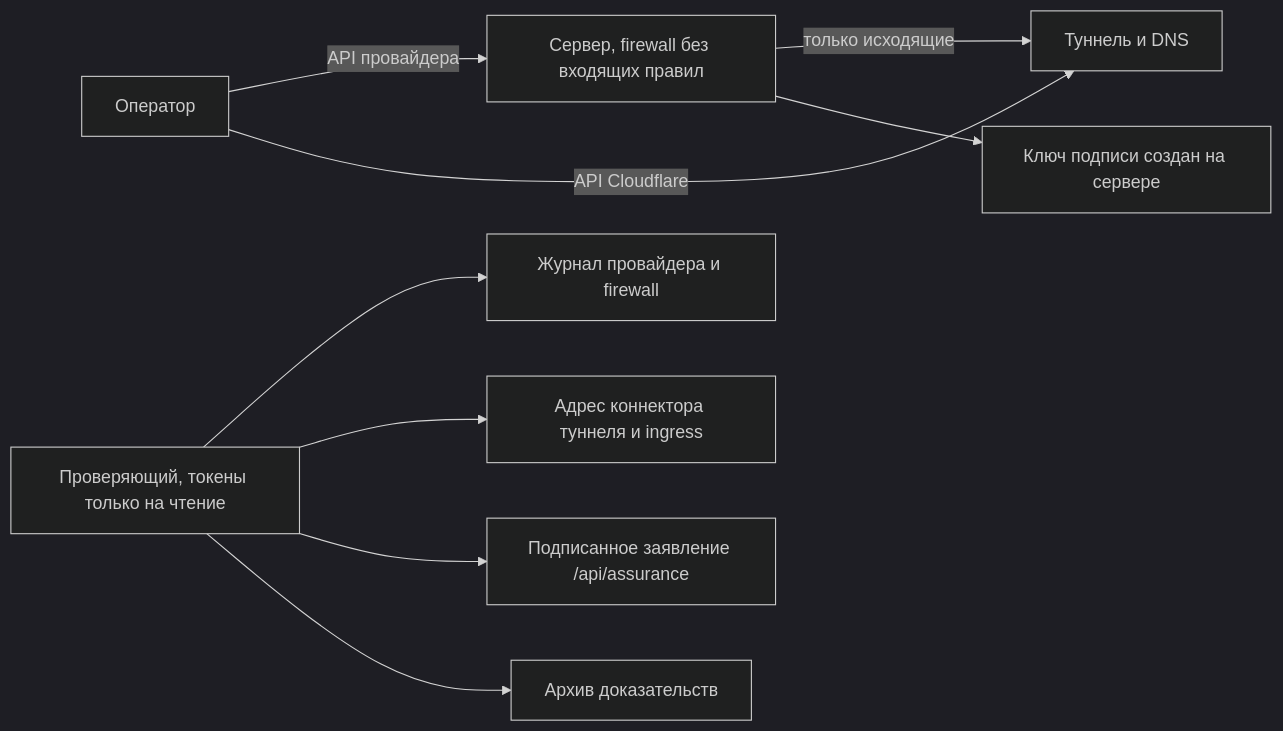
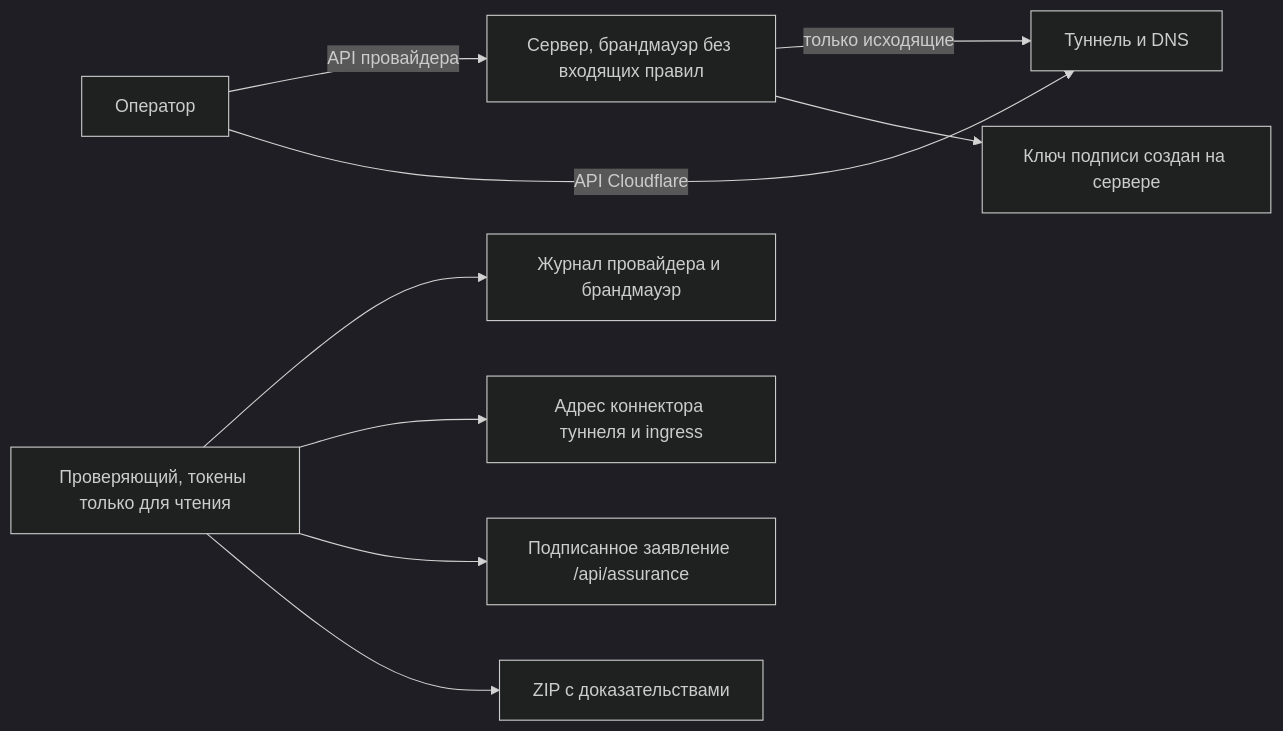
The diagram in docs/ru/HIGH-ASSURANCE.md (phishdestroy/TgWitness), drawn with Mermaid (dark theme) before and after one commit. The commit also changed other lines of this file and 1166 other files, not shown here.

````diff
--- a/docs/ru/HIGH-ASSURANCE.md
+++ b/docs/ru/HIGH-ASSURANCE.md
@@ -15,11 +18,11 @@
 ```mermaid
 flowchart LR
-    O[Оператор] -- API провайдера --> P[Сервер, firewall без входящих правил]
+    O[Оператор] -- API провайдера --> P[Сервер, брандмауэр без входящих правил]
     O -- API Cloudflare --> T[Туннель и DNS]
     P -- только исходящие --> T
     P --> K[Ключ подписи создан на сервере]
-    V[Проверяющий, токены только на чтение] --> PL[Журнал провайдера и firewall]
+    V[Проверяющий, токены только для чтения] --> PL[Журнал провайдера и брандмауэр]
     V --> CF[Адрес коннектора туннеля и ingress]
     V --> S[Подписанное заявление /api/assurance]
-    V --> J[Архив доказательств]
+    V --> J[ZIP с доказательствами]
 ```
````
